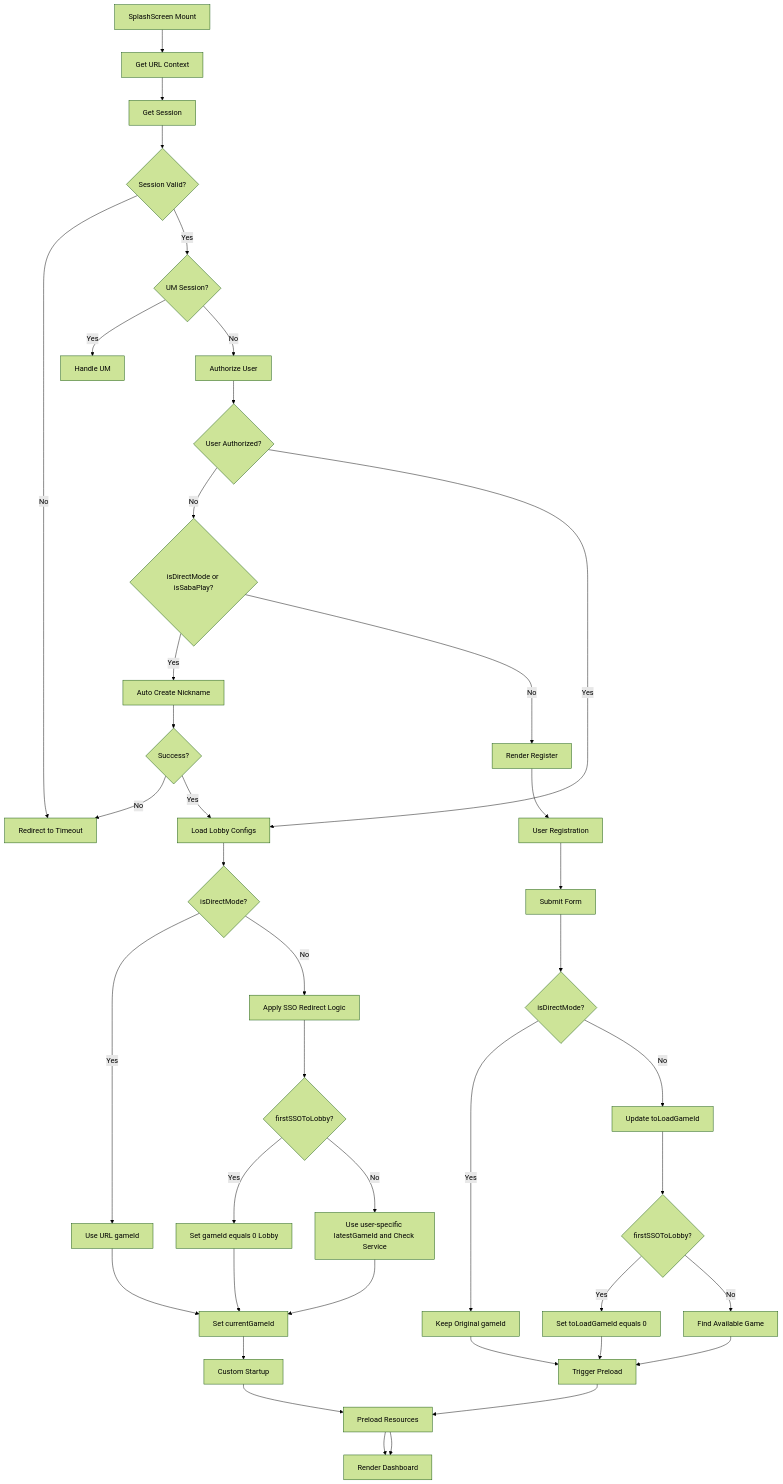
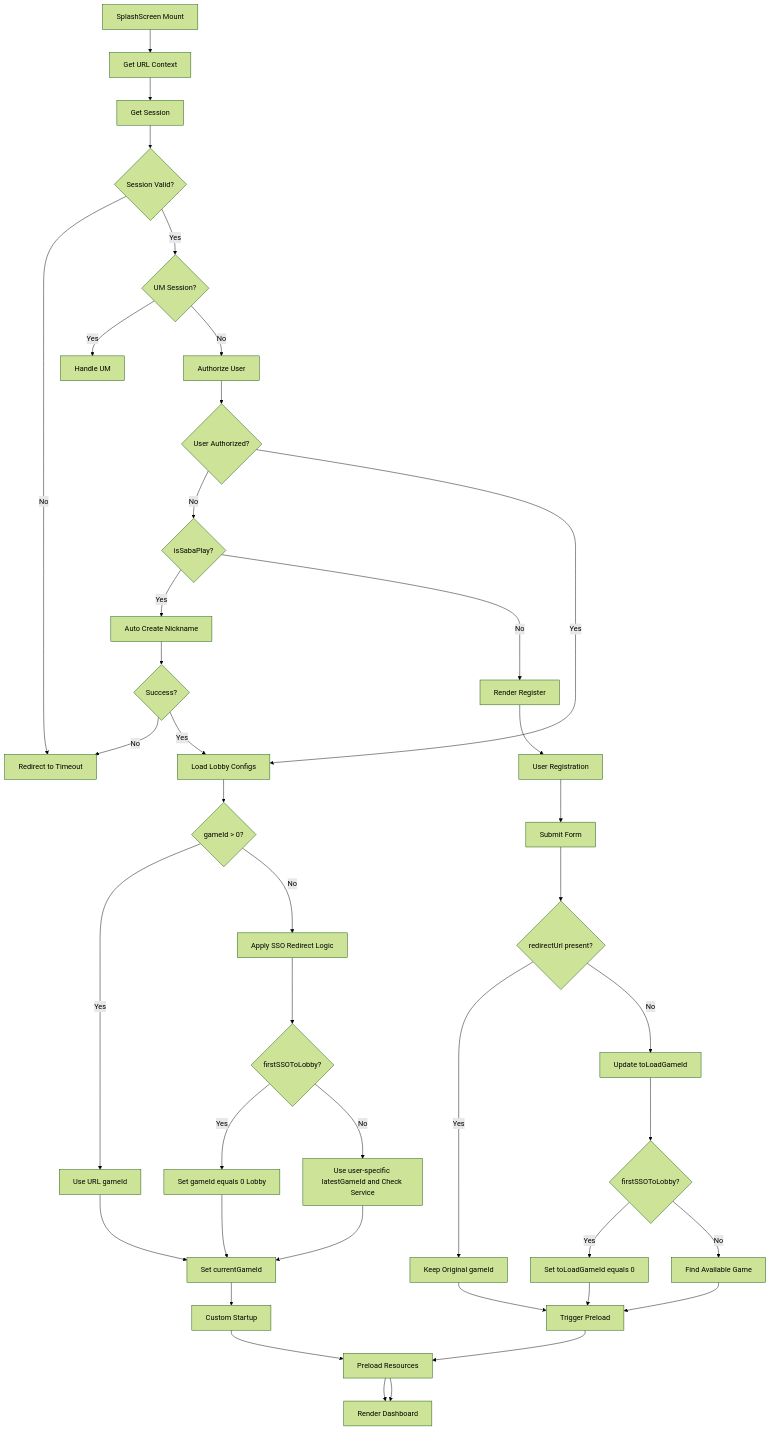
The second of 6 diagrams in docs/URL_Context_Analysis.md (starixvn/l1_game-clients_original-games-client_original-games-client-html), drawn with Mermaid (forest theme) before and after one commit. The commit also changed other lines of this file and 32 other files, not shown here.

Commit message:
feat: now direct mode is the default mode so remove this term

````diff
--- a/docs/URL_Context_Analysis.md
+++ b/docs/URL_Context_Analysis.md
@@ -170,55 +159,55 @@
 ```mermaid
 flowchart TD
     A2[SplashScreen Mount] --> B2[Get URL Context]
     B2 --> C2[Get Session]
     C2 --> D2{Session Valid?}
     D2 -->|No| E2[Redirect to Timeout]
     D2 -->|Yes| F2{UM Session?}
 
     F2 -->|Yes| G2[Handle UM]
     F2 -->|No| H2[Authorize User]
 
     H2 --> I2{User Authorized?}
-    I2 -->|No| J2{isDirectMode or isSabaPlay?}
+    I2 -->|No| J2{isSabaPlay?}
     I2 -->|Yes| K2[Load Lobby Configs]
 
     J2 -->|Yes| L2[Auto Create Nickname]
     J2 -->|No| M2[Render Register]
 
     L2 --> T2{Success?}
     T2 -->|No| E2
     T2 -->|Yes| K2
 
-    K2 --> U2{isDirectMode?}
+    K2 --> U2{gameId > 0?}
     U2 -->|Yes| V2[Use URL gameId]
     U2 -->|No| W2[Apply SSO Redirect Logic]
 
     W2 --> X2{firstSSOToLobby?}
     X2 -->|Yes| Y2[Set gameId equals 0 Lobby]
     X2 -->|No| Z2[Use user-specific latestGameId and Check Service]
 
     V2 --> AA2[Set currentGameId]
     Y2 --> AA2
     Z2 --> AA2
 
     AA2 --> BB2[Custom Startup]
     BB2 --> CC2[Preload Resources]
     CC2 --> DD2[Render Dashboard]
 
     M2 --> EE2[User Registration]
     EE2 --> FF2[Submit Form]
-    FF2 --> GG2{isDirectMode?}
+    FF2 --> GG2{redirectUrl present?}
     GG2 -->|Yes| HH2[Keep Original gameId]
     GG2 -->|No| II2[Update toLoadGameId]
 
     II2 --> JJ2{firstSSOToLobby?}
     JJ2 -->|Yes| KK2[Set toLoadGameId equals 0]
     JJ2 -->|No| LL2[Find Available Game]
 
     HH2 --> MM2[Trigger Preload]
     KK2 --> MM2
     LL2 --> MM2
 
     MM2 --> CC2
     CC2 --> DD2
 ```
````
